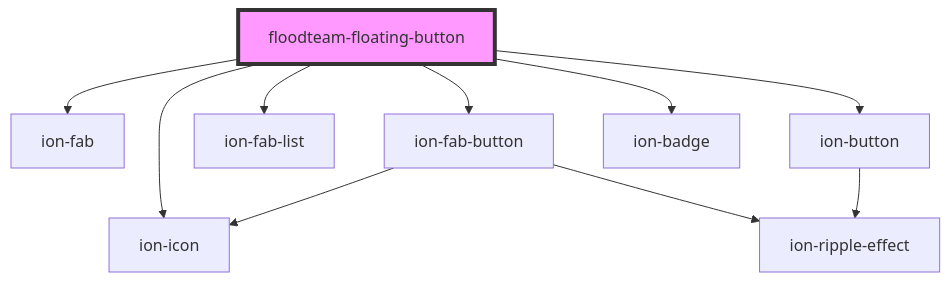
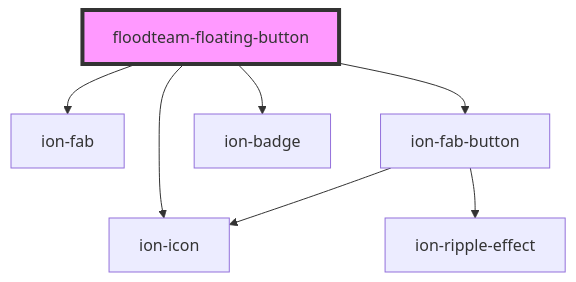
The diagram in src/components/floating-button/readme.md (FloodTeam/components), drawn with Mermaid before and after one commit. The commit also changed other lines of this file and 8 other files, not shown here.

````diff
--- a/src/components/floating-button/readme.md
+++ b/src/components/floating-button/readme.md
@@ -35,13 +33,10 @@
 ```mermaid
 graph TD;
   floodteam-floating-button --> ion-fab
   floodteam-floating-button --> ion-fab-button
   floodteam-floating-button --> ion-icon
-  floodteam-floating-button --> ion-fab-list
-  floodteam-floating-button --> ion-button
   floodteam-floating-button --> ion-badge
   ion-fab-button --> ion-icon
   ion-fab-button --> ion-ripple-effect
-  ion-button --> ion-ripple-effect
   style floodteam-floating-button fill:#f9f,stroke:#333,stroke-width:4px
 ```
````
